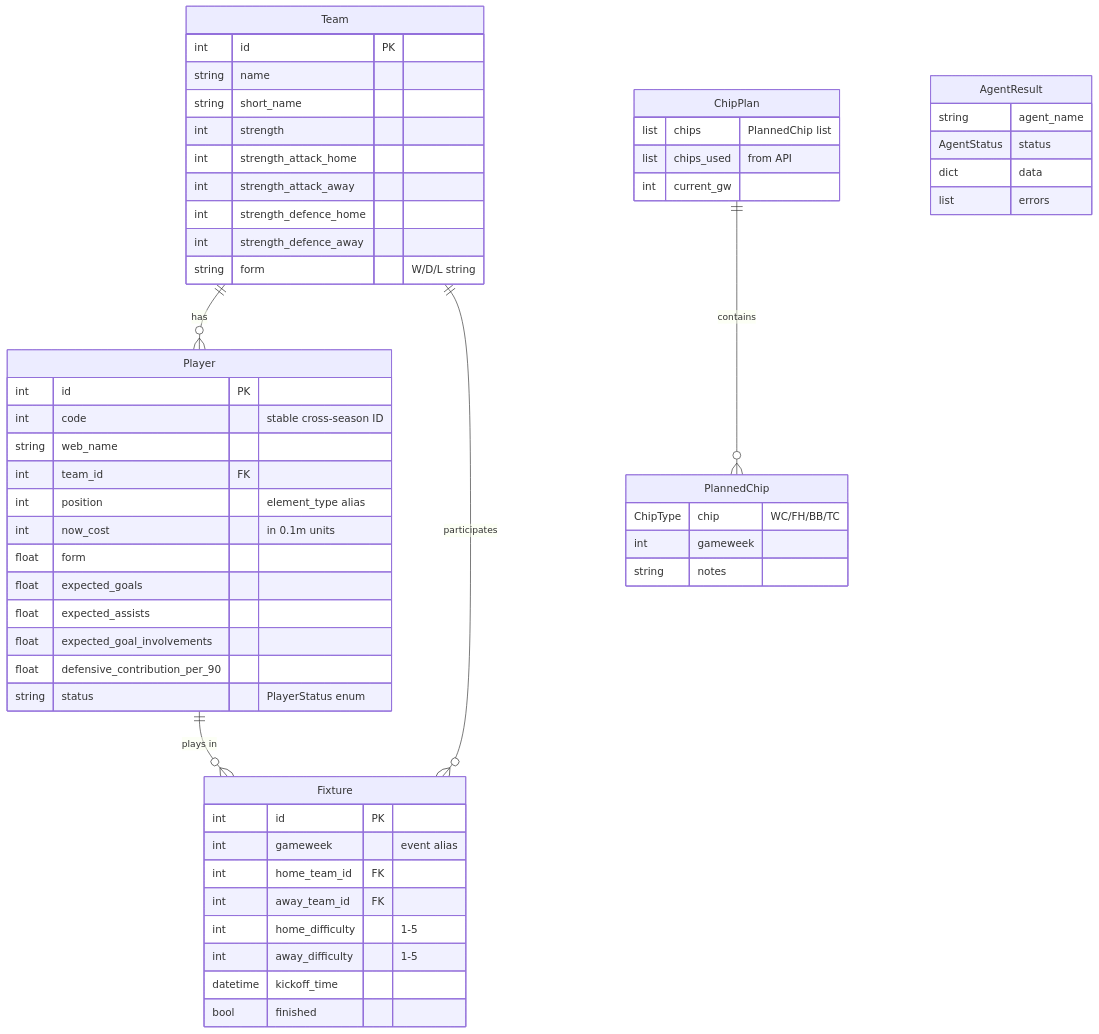
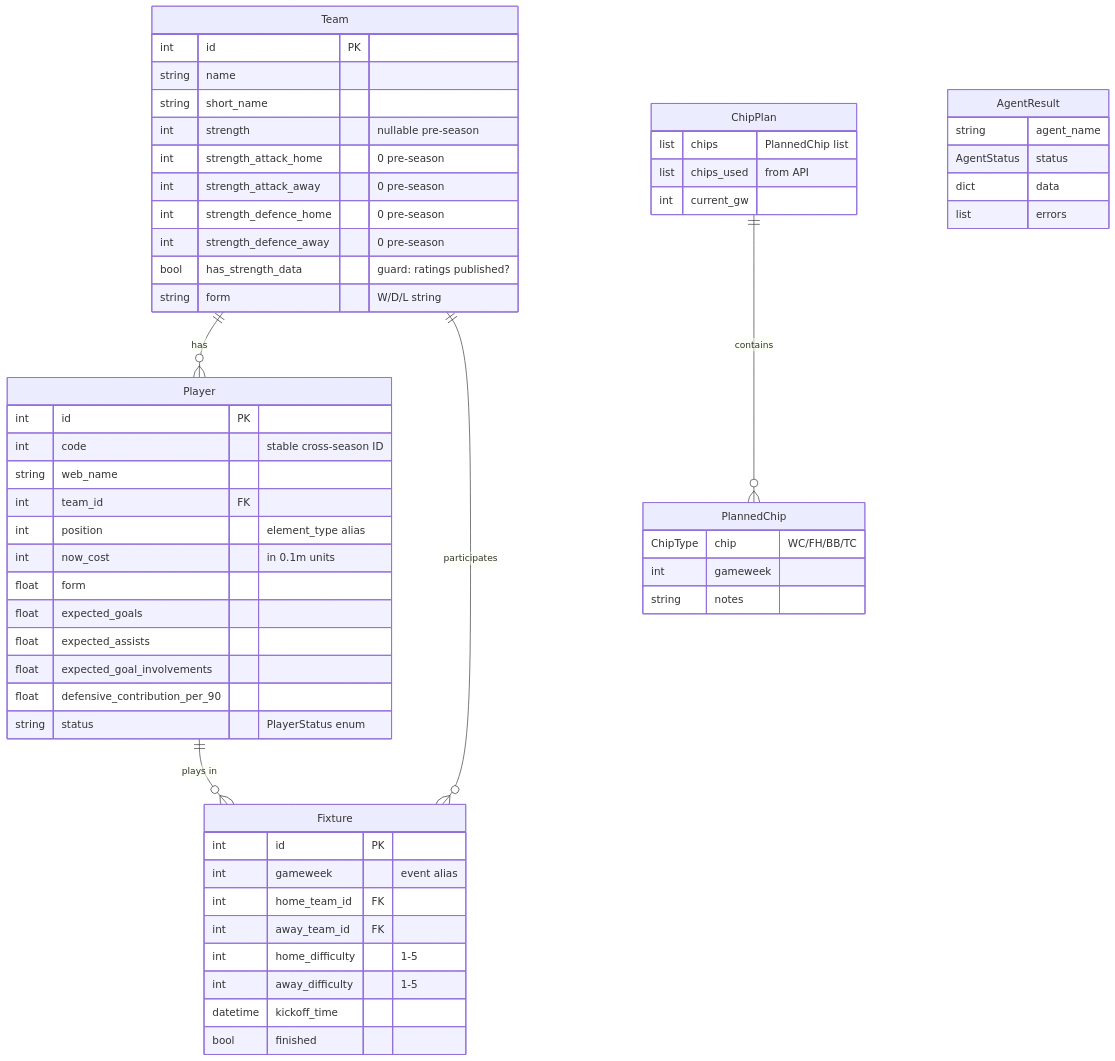
Before and after one commit to rossgroomio/fpl-cli: the sixth of 7 diagrams in docs/architecture.md, drawn with Mermaid. The commit also changed other lines of this file and 6 other files, not shown here.

````diff
--- a/docs/architecture.md
+++ b/docs/architecture.md
@@ -426,65 +426,66 @@
 ```mermaid
 erDiagram
     Player ||--o{ Fixture : "plays in"
     Team ||--o{ Player : "has"
     Team ||--o{ Fixture : "participates"
 
     Player {
         int id PK
         int code "stable cross-season ID"
         string web_name
         int team_id FK
         int position "element_type alias"
         int now_cost "in 0.1m units"
         float form
         float expected_goals
         float expected_assists
         float expected_goal_involvements
         float defensive_contribution_per_90
         string status "PlayerStatus enum"
     }
 
     Fixture {
         int id PK
         int gameweek "event alias"
         int home_team_id FK
         int away_team_id FK
         int home_difficulty "1-5"
         int away_difficulty "1-5"
         datetime kickoff_time
         bool finished
     }
 
     Team {
         int id PK
         string name
         string short_name
-        int strength
-        int strength_attack_home
-        int strength_attack_away
-        int strength_defence_home
-        int strength_defence_away
+        int strength "nullable pre-season"
+        int strength_attack_home "0 pre-season"
+        int strength_attack_away "0 pre-season"
+        int strength_defence_home "0 pre-season"
+        int strength_defence_away "0 pre-season"
+        bool has_strength_data "guard: ratings published?"
         string form "W/D/L string"
     }
 
     ChipPlan {
         list chips "PlannedChip list"
         list chips_used "from API"
         int current_gw
     }
 
     ChipPlan ||--o{ PlannedChip : "contains"
 
     PlannedChip {
         ChipType chip "WC/FH/BB/TC"
         int gameweek
         string notes
     }
 
     AgentResult {
         string agent_name
         AgentStatus status
         dict data
         list errors
     }
 ```
````
